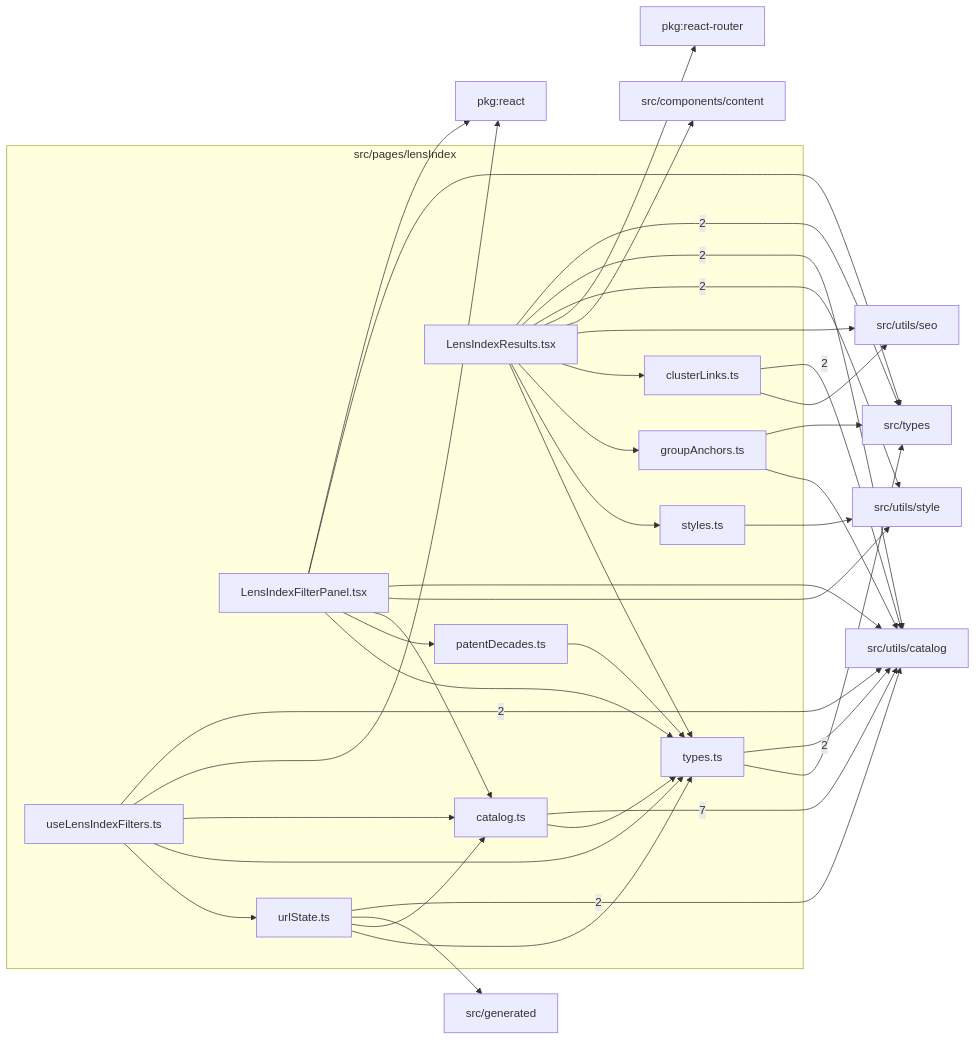
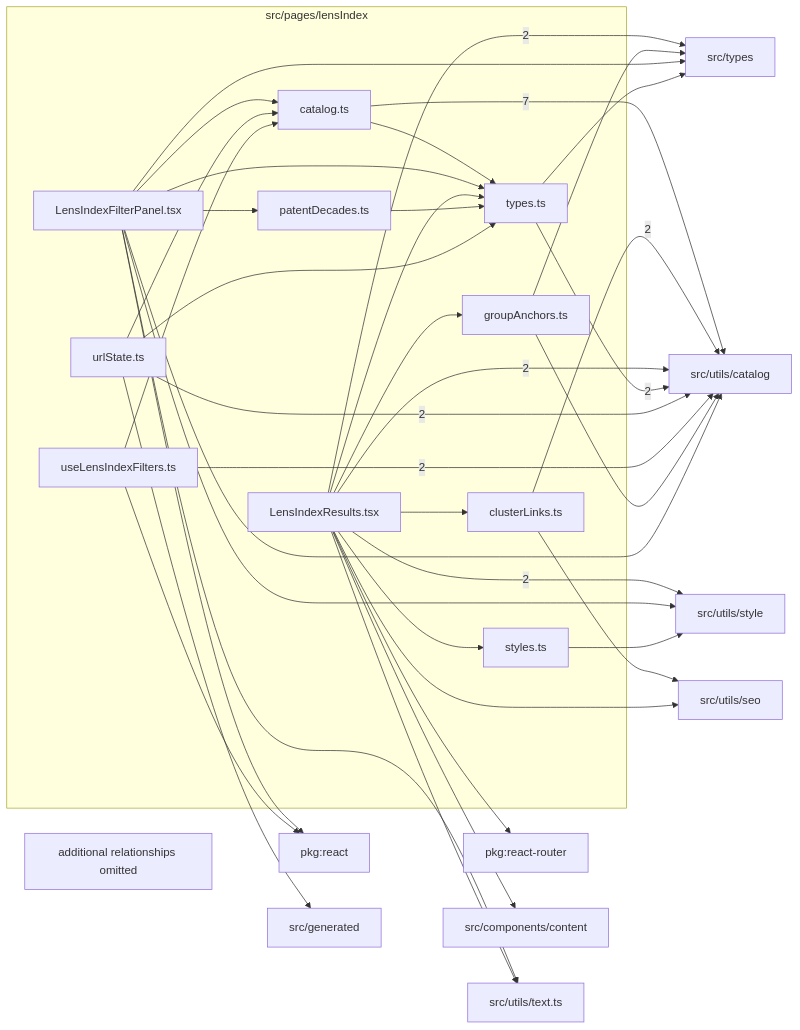
One commit to ronbuening/LensVisualizer changed the diagram in src/pages/lensIndex/readme.md. Above: the diagram before and after it, drawn with Mermaid. The commit also changed other lines of this file and 134 other files, not shown here.

Commit message:
Fix translated text updates in lens views and analysis drawers (#769)

````diff
--- a/src/pages/lensIndex/readme.md
+++ b/src/pages/lensIndex/readme.md
@@ -9,59 +9,61 @@
 ```mermaid
 flowchart LR
   subgraph n_src_pages_lensIndex["src/pages/lensIndex"]
     n_src_pages_lensIndex_src_pages_lensIndex_catalog_ts["catalog.ts"]
     n_src_pages_lensIndex_src_pages_lensIndex_clusterLinks_ts["clusterLinks.ts"]
     n_src_pages_lensIndex_src_pages_lensIndex_groupAnchors_ts["groupAnchors.ts"]
     n_src_pages_lensIndex_src_pages_lensIndex_LensIndexFilterPanel_tsx["LensIndexFilterPanel.tsx"]
     n_src_pages_lensIndex_src_pages_lensIndex_LensIndexResults_tsx["LensIndexResults.tsx"]
     n_src_pages_lensIndex_src_pages_lensIndex_patentDecades_ts["patentDecades.ts"]
     n_src_pages_lensIndex_src_pages_lensIndex_styles_ts["styles.ts"]
     n_src_pages_lensIndex_src_pages_lensIndex_types_ts["types.ts"]
     n_src_pages_lensIndex_src_pages_lensIndex_urlState_ts["urlState.ts"]
     n_src_pages_lensIndex_src_pages_lensIndex_useLensIndexFilters_ts["useLensIndexFilters.ts"]
   end
   n_external_src_utils_catalog["src/utils/catalog"]
   n_external_src_types["src/types"]
   n_external_src_utils_style["src/utils/style"]
   n_external_pkg_react["pkg:react"]
   n_external_pkg_react_router["pkg:react-router"]
   n_external_src_components_content["src/components/content"]
   n_external_src_generated["src/generated"]
   n_external_src_utils_seo["src/utils/seo"]
+  n_external_src_utils_text_ts["src/utils/text.ts"]
   n_src_pages_lensIndex_src_pages_lensIndex_catalog_ts --> |7| n_external_src_utils_catalog
   n_src_pages_lensIndex_src_pages_lensIndex_LensIndexResults_tsx --> |2| n_external_src_types
   n_src_pages_lensIndex_src_pages_lensIndex_clusterLinks_ts --> |2| n_external_src_utils_catalog
   n_src_pages_lensIndex_src_pages_lensIndex_LensIndexResults_tsx --> |2| n_external_src_utils_catalog
   n_src_pages_lensIndex_src_pages_lensIndex_types_ts --> |2| n_external_src_utils_catalog
   n_src_pages_lensIndex_src_pages_lensIndex_urlState_ts --> |2| n_external_src_utils_catalog
   n_src_pages_lensIndex_src_pages_lensIndex_useLensIndexFilters_ts --> |2| n_external_src_utils_catalog
   n_src_pages_lensIndex_src_pages_lensIndex_LensIndexResults_tsx --> |2| n_external_src_utils_style
   n_src_pages_lensIndex_src_pages_lensIndex_LensIndexFilterPanel_tsx --> n_external_pkg_react
   n_src_pages_lensIndex_src_pages_lensIndex_useLensIndexFilters_ts --> n_external_pkg_react
   n_src_pages_lensIndex_src_pages_lensIndex_LensIndexResults_tsx --> n_external_pkg_react_router
   n_src_pages_lensIndex_src_pages_lensIndex_LensIndexResults_tsx --> n_external_src_components_content
   n_src_pages_lensIndex_src_pages_lensIndex_urlState_ts --> n_external_src_generated
   n_src_pages_lensIndex_src_pages_lensIndex_groupAnchors_ts --> n_external_src_types
   n_src_pages_lensIndex_src_pages_lensIndex_LensIndexFilterPanel_tsx --> n_external_src_types
   n_src_pages_lensIndex_src_pages_lensIndex_types_ts --> n_external_src_types
   n_src_pages_lensIndex_src_pages_lensIndex_groupAnchors_ts --> n_external_src_utils_catalog
   n_src_pages_lensIndex_src_pages_lensIndex_LensIndexFilterPanel_tsx --> n_external_src_utils_catalog
   n_src_pages_lensIndex_src_pages_lensIndex_clusterLinks_ts --> n_external_src_utils_seo
   n_src_pages_lensIndex_src_pages_lensIndex_LensIndexResults_tsx --> n_external_src_utils_seo
   n_src_pages_lensIndex_src_pages_lensIndex_LensIndexFilterPanel_tsx --> n_external_src_utils_style
   n_src_pages_lensIndex_src_pages_lensIndex_styles_ts --> n_external_src_utils_style
+  n_src_pages_lensIndex_src_pages_lensIndex_LensIndexFilterPanel_tsx --> n_external_src_utils_text_ts
+  n_src_pages_lensIndex_src_pages_lensIndex_LensIndexResults_tsx --> n_external_src_utils_text_ts
   n_src_pages_lensIndex_src_pages_lensIndex_LensIndexFilterPanel_tsx --> n_src_pages_lensIndex_src_pages_lensIndex_catalog_ts
   n_src_pages_lensIndex_src_pages_lensIndex_urlState_ts --> n_src_pages_lensIndex_src_pages_lensIndex_catalog_ts
   n_src_pages_lensIndex_src_pages_lensIndex_useLensIndexFilters_ts --> n_src_pages_lensIndex_src_pages_lensIndex_catalog_ts
   n_src_pages_lensIndex_src_pages_lensIndex_LensIndexResults_tsx --> n_src_pages_lensIndex_src_pages_lensIndex_clusterLinks_ts
   n_src_pages_lensIndex_src_pages_lensIndex_LensIndexResults_tsx --> n_src_pages_lensIndex_src_pages_lensIndex_groupAnchors_ts
   n_src_pages_lensIndex_src_pages_lensIndex_LensIndexFilterPanel_tsx --> n_src_pages_lensIndex_src_pages_lensIndex_patentDecades_ts
   n_src_pages_lensIndex_src_pages_lensIndex_LensIndexResults_tsx --> n_src_pages_lensIndex_src_pages_lensIndex_styles_ts
   n_src_pages_lensIndex_src_pages_lensIndex_catalog_ts --> n_src_pages_lensIndex_src_pages_lensIndex_types_ts
   n_src_pages_lensIndex_src_pages_lensIndex_LensIndexFilterPanel_tsx --> n_src_pages_lensIndex_src_pages_lensIndex_types_ts
   n_src_pages_lensIndex_src_pages_lensIndex_LensIndexResults_tsx --> n_src_pages_lensIndex_src_pages_lensIndex_types_ts
   n_src_pages_lensIndex_src_pages_lensIndex_patentDecades_ts --> n_src_pages_lensIndex_src_pages_lensIndex_types_ts
   n_src_pages_lensIndex_src_pages_lensIndex_urlState_ts --> n_src_pages_lensIndex_src_pages_lensIndex_types_ts
-  n_src_pages_lensIndex_src_pages_lensIndex_useLensIndexFilters_ts --> n_src_pages_lensIndex_src_pages_lensIndex_types_ts
-  n_src_pages_lensIndex_src_pages_lensIndex_useLensIndexFilters_ts --> n_src_pages_lensIndex_src_pages_lensIndex_urlState_ts
+  n_src_pages_lensIndex_truncated["additional relationships omitted"]
 ```
````
